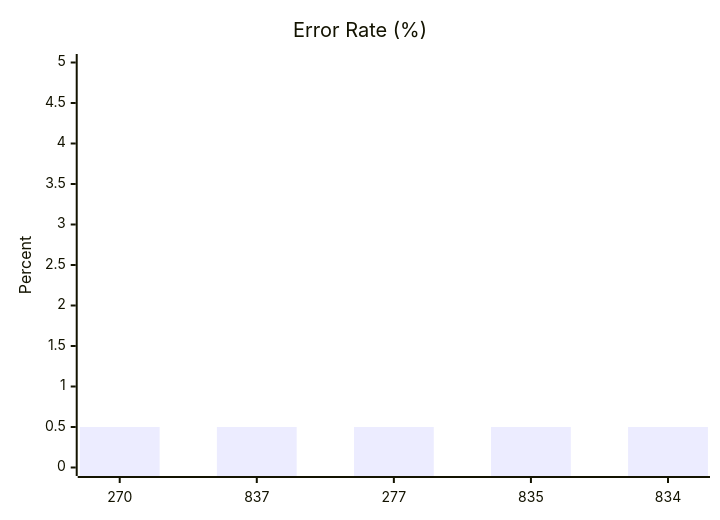
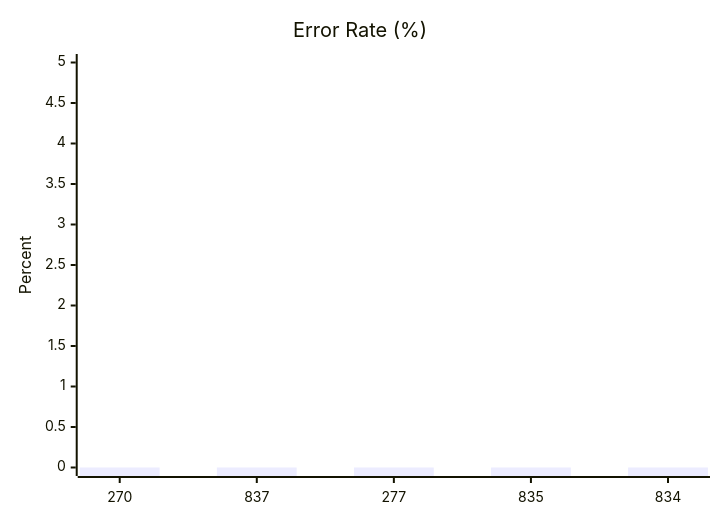
One commit to dhagan-va/intern-2025 changed the fourth of 10 diagrams in test-tools/DataGen/src/Statistics_Visualizer.md. Above: the diagram before and after it, drawn with Mermaid. The commit also changed other lines of this file and 2 other files, not shown here.

````diff
--- a/test-tools/DataGen/src/Statistics_Visualizer.md
+++ b/test-tools/DataGen/src/Statistics_Visualizer.md
@@ -50,7 +50,7 @@
 ```mermaid
 xychart-beta
     title "Error Rate (%)"
     x-axis ["270", "837", "277", "835", "834"]
     y-axis "Percent" 0 --> 5
-    bar [0.5, 0.5, 0.5, 0.5, 0.5]
+    bar [0, 0, 0, 0, 0]
 ```
````
